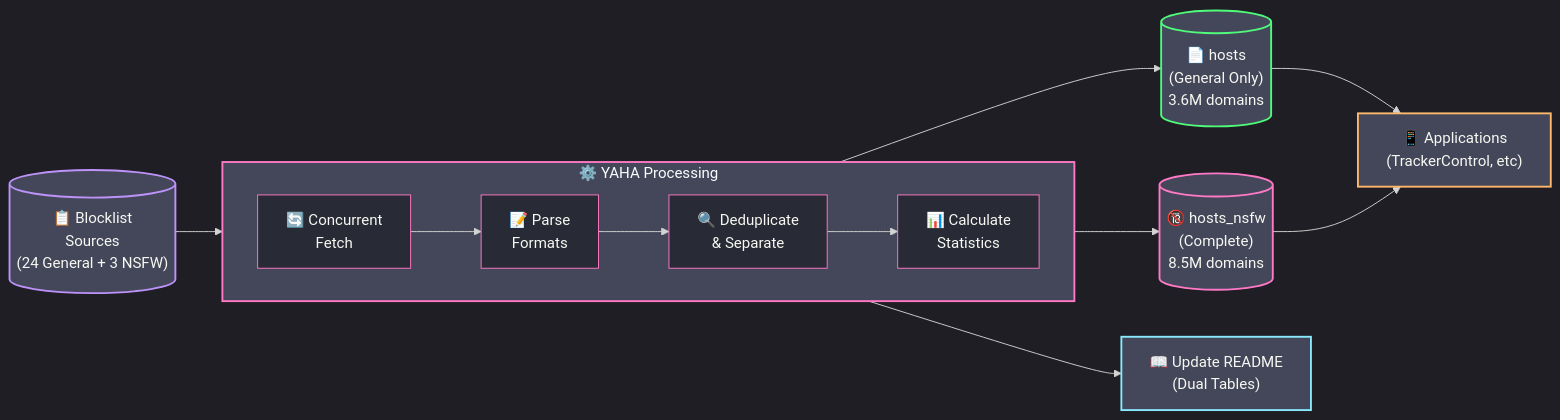
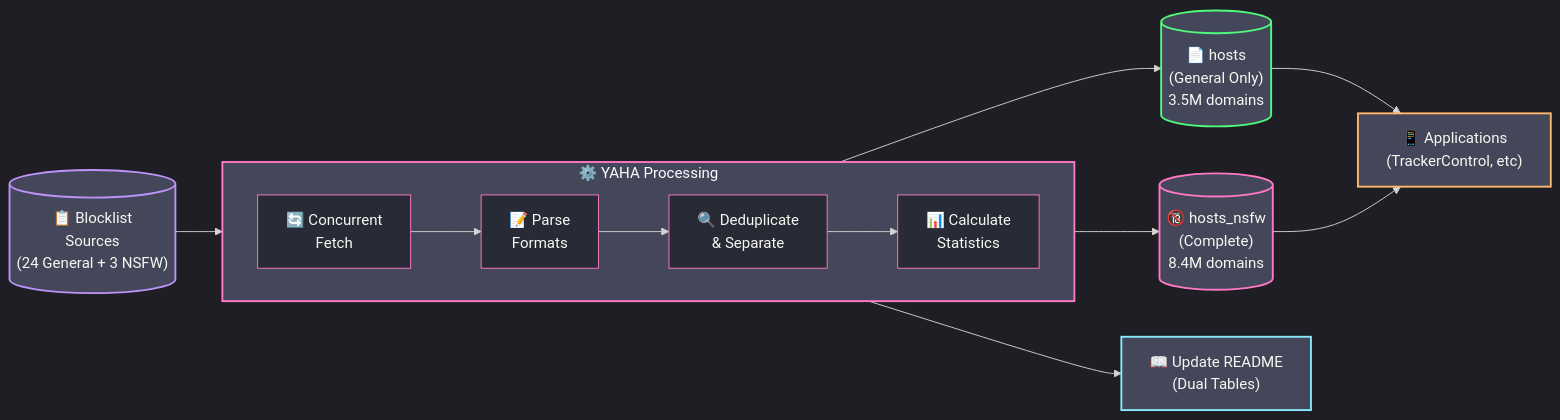
The diagram in README.md (scottdraper8/yaha), drawn with Mermaid before and after one commit. The commit also changed other lines of this file, not shown here.

Commit message:
Update blocklist stats: 3533613 general / 8376994 with NSFW [automated]

````diff
--- a/README.md
+++ b/README.md
@@ -42,35 +42,35 @@
 ```mermaid
 %%{init: {'theme': 'dark', 'themeVariables': {
     'primaryColor': '#ff79c6',
     'secondaryColor': '#bd93f9',
     'tertiaryColor': '#44475a',
     'mainBkg': '#282a36',
     'nodeBorder': '#ff79c6',
     'clusterBkg': '#44475a',
     'clusterBorder': '#bd93f9',
     'textColor': '#f8f8f2'
 }}}%%
 flowchart LR
     Sources[("📋 Blocklist<br/>Sources<br/>(24 General + 3 NSFW)")] --> Fetch
 
     subgraph Process["⚙️ YAHA Processing"]
         direction LR
         Fetch["🔄 Concurrent<br/>Fetch"] --> Parse["📝 Parse<br/>Formats"]
         Parse --> Dedupe["🔍 Deduplicate<br/>& Separate"]
         Dedupe --> Stats["📊 Calculate<br/>Statistics"]
     end
 
-    Stats --> Output1[("📄 hosts<br/>(General Only)<br/>3.6M domains")]
-    Stats --> Output2[("🔞 hosts_nsfw<br/>(Complete)<br/>8.5M domains")]
+    Stats --> Output1[("📄 hosts<br/>(General Only)<br/>3.5M domains")]
+    Stats --> Output2[("🔞 hosts_nsfw<br/>(Complete)<br/>8.4M domains")]
     Stats --> README["📖 Update README<br/>(Dual Tables)"]
 
     Output1 --> Apps["📱 Applications<br/>(TrackerControl, etc)"]
     Output2 --> Apps
 
     style Sources fill:#44475a,stroke:#bd93f9,stroke-width:2px
     style Process fill:#44475a,stroke:#ff79c6,stroke-width:2px
     style Output1 fill:#44475a,stroke:#50fa7b,stroke-width:2px
     style Output2 fill:#44475a,stroke:#ff79c6,stroke-width:2px
     style README fill:#44475a,stroke:#8be9fd,stroke-width:2px
     style Apps fill:#44475a,stroke:#ffb86c,stroke-width:2px
 ```
````
